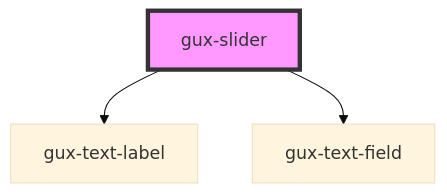
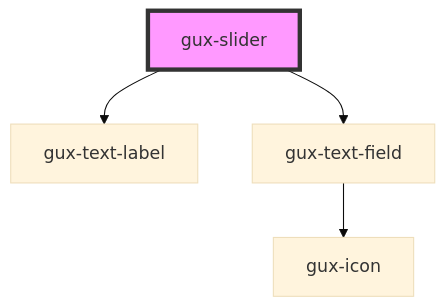
Before and after one commit to MyPureCloud/genesys-spark: the diagram in src/components/gux-slider/readme.md, drawn with Mermaid (base theme). The commit also changed other lines of this file and 79 other files, not shown here.

````diff
--- a/src/components/gux-slider/readme.md
+++ b/src/components/gux-slider/readme.md
@@ -37,6 +38,7 @@
 ```mermaid
 graph TD;
   gux-slider --> gux-text-label
   gux-slider --> gux-text-field
+  gux-text-field --> gux-icon
   style gux-slider fill:#f9f,stroke:#333,stroke-width:4px
 ```
````
